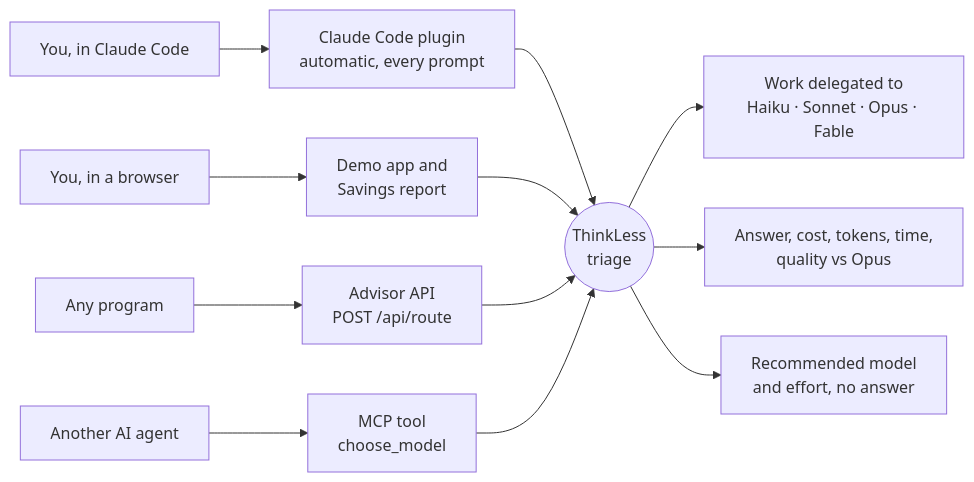
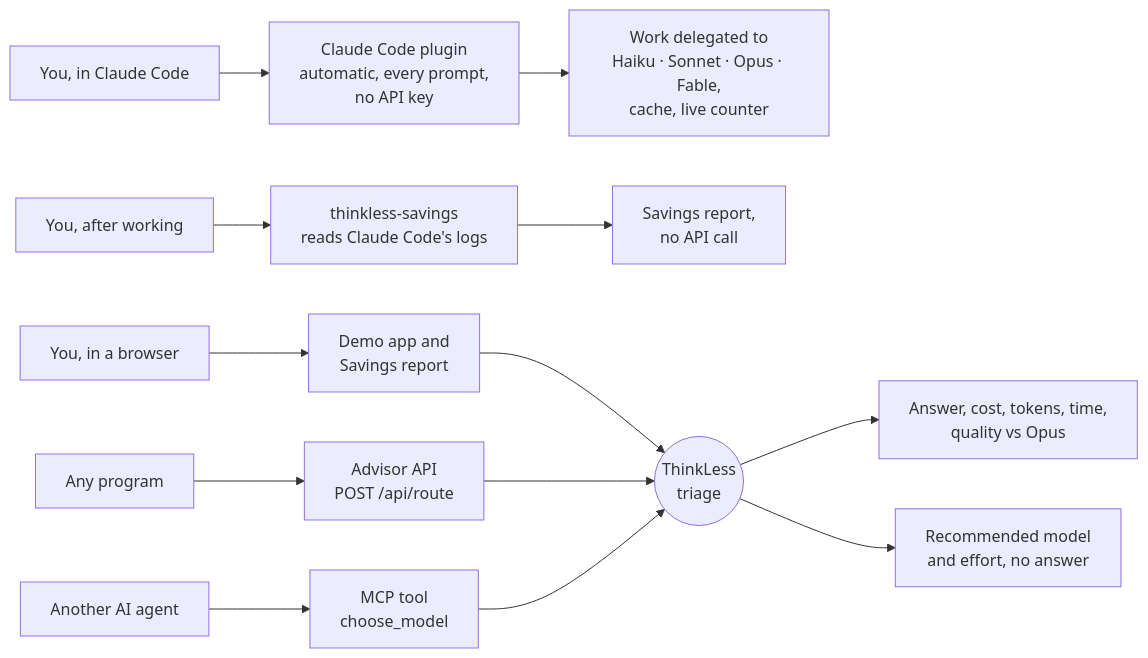
Before and after one commit to JacobRoche123/codejam-2026: the third of 14 diagrams in README.md, drawn with Mermaid. The commit also changed other lines of this file and 4 other files, not shown here.

First line of the commit message:
Docs: keyless plugin, answer cache, live counter and savings dashboard

````diff
--- a/README.md
+++ b/README.md
@@ -66,14 +66,15 @@
 ```mermaid
 flowchart LR
-    U0["You, in Claude Code"] --> P["Claude Code plugin<br/>automatic, every prompt"]
+    U0["You, in Claude Code"] --> P["Claude Code plugin<br/>automatic, every prompt,<br/>no API key"]
+    U4["You, after working"] --> S["thinkless-savings<br/>reads Claude Code's logs"]
     U1["You, in a browser"] --> W["Demo app and<br/>Savings report"]
     U2["Any program"] --> R["Advisor API<br/>POST /api/route"]
     U3["Another AI agent"] --> M["MCP tool<br/>choose_model"]
-    P --> T(("ThinkLess<br/>triage"))
-    W --> T
+    P --> P2["Work delegated to<br/>Haiku · Sonnet · Opus · Fable,<br/>cache, live counter"]
+    S --> S2["Savings report,<br/>no API call"]
+    W --> T(("ThinkLess<br/>triage"))
     R --> T
     M --> T
-    T --> P2["Work delegated to<br/>Haiku · Sonnet · Opus · Fable"]
     T --> W2["Answer, cost, tokens, time,<br/>quality vs Opus"]
     T --> R2["Recommended model<br/>and effort, no answer"]
 ```
````
